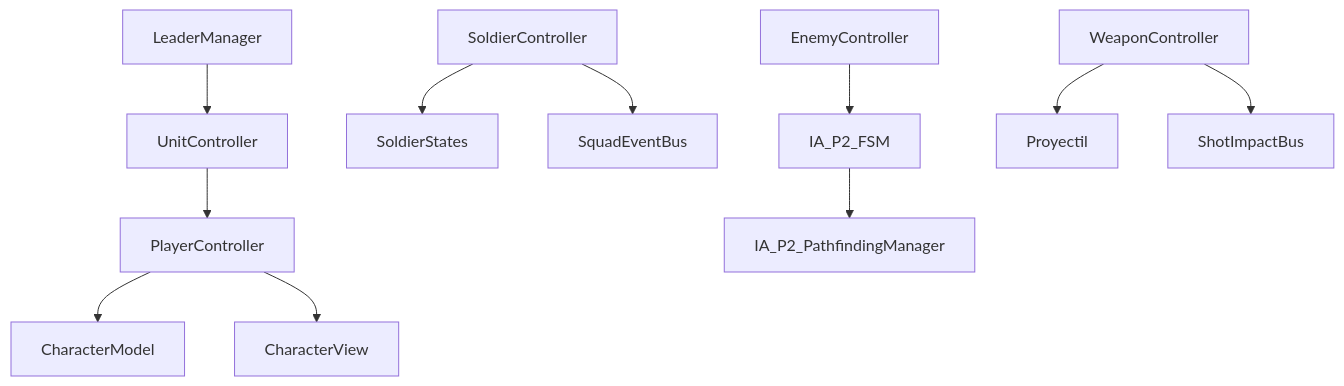
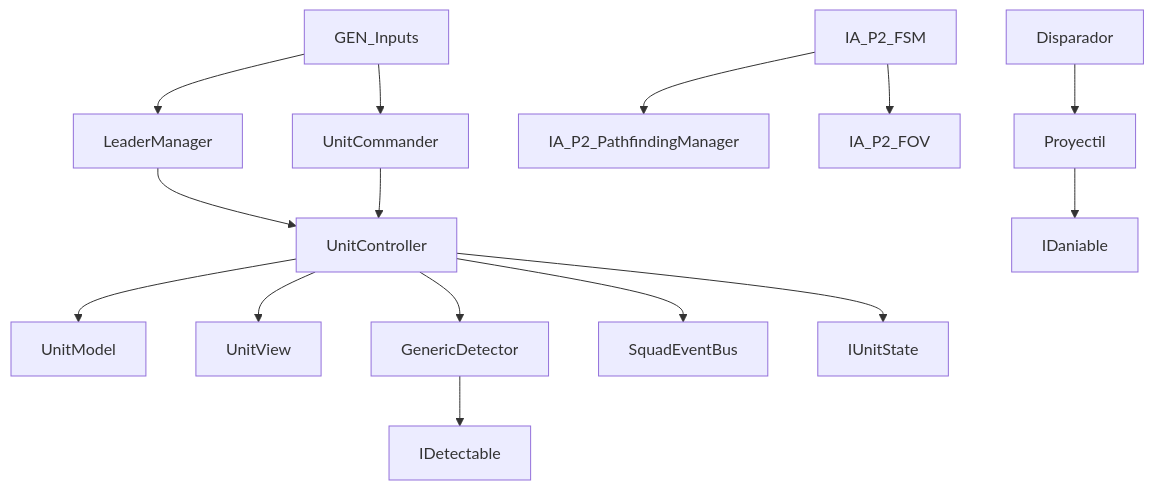
One commit to Joaquin-Inofuentes/DV_C5_Juego changed the diagram in Assets/Docs/ContextPack.md. Above: the diagram before and after it, drawn with Mermaid. The commit also changed other lines of this file and 27 other files, not shown here.

````diff
--- a/Assets/Docs/ContextPack.md
+++ b/Assets/Docs/ContextPack.md
@@ -36,16 +74,20 @@
 ```mermaid
 graph TD
+    GEN_Inputs --> LeaderManager
+    GEN_Inputs --> UnitCommander
     LeaderManager --> UnitController
-    UnitController --> PlayerController
-    PlayerController --> CharacterModel
-    PlayerController --> CharacterView
+    UnitCommander --> UnitController
+    UnitController --> UnitModel
+    UnitController --> UnitView
+    UnitController --> GenericDetector
+    UnitController --> SquadEventBus
+    UnitController --> IUnitState
     
-    SoldierController --> SoldierStates
-    SoldierController --> SquadEventBus
+    GenericDetector --> IDetectable
     
-    EnemyController --> IA_P2_FSM
     IA_P2_FSM --> IA_P2_PathfindingManager
+    IA_P2_FSM --> IA_P2_FOV
     
-    WeaponController --> Proyectil
-    WeaponController --> ShotImpactBus
+    Disparador --> Proyectil
+    Proyectil --> IDaniable
 ```
````
